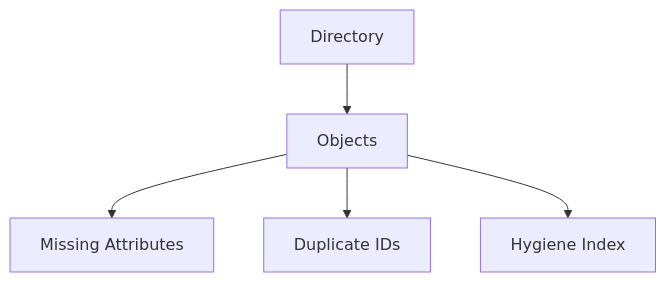
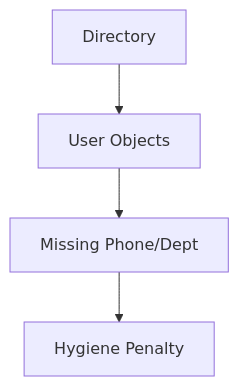
Diagram 20 of 30 in README.md (Devopstrio/identity-security-scorecard), drawn with Mermaid before and after one commit. The commit also changed other lines of this file, not shown here.

Commit message:
docs: finalize premium institutional-grade README with 30+ diagrams and executive summary

````diff
--- a/README.md
+++ b/README.md
@@ -267,7 +265,6 @@
 ```mermaid
 graph TD
-    D[Directory] --> Obj[Objects]
-    Obj --> Incomplete[Missing Attributes]
-    Obj --> Dup[Duplicate IDs]
-    Obj --> Score[Hygiene Index]
+    D[Directory] --> Obj[User Objects]
+    Obj --> Attr[Missing Phone/Dept]
+    Attr --> Score[Hygiene Penalty]
 ```
````
